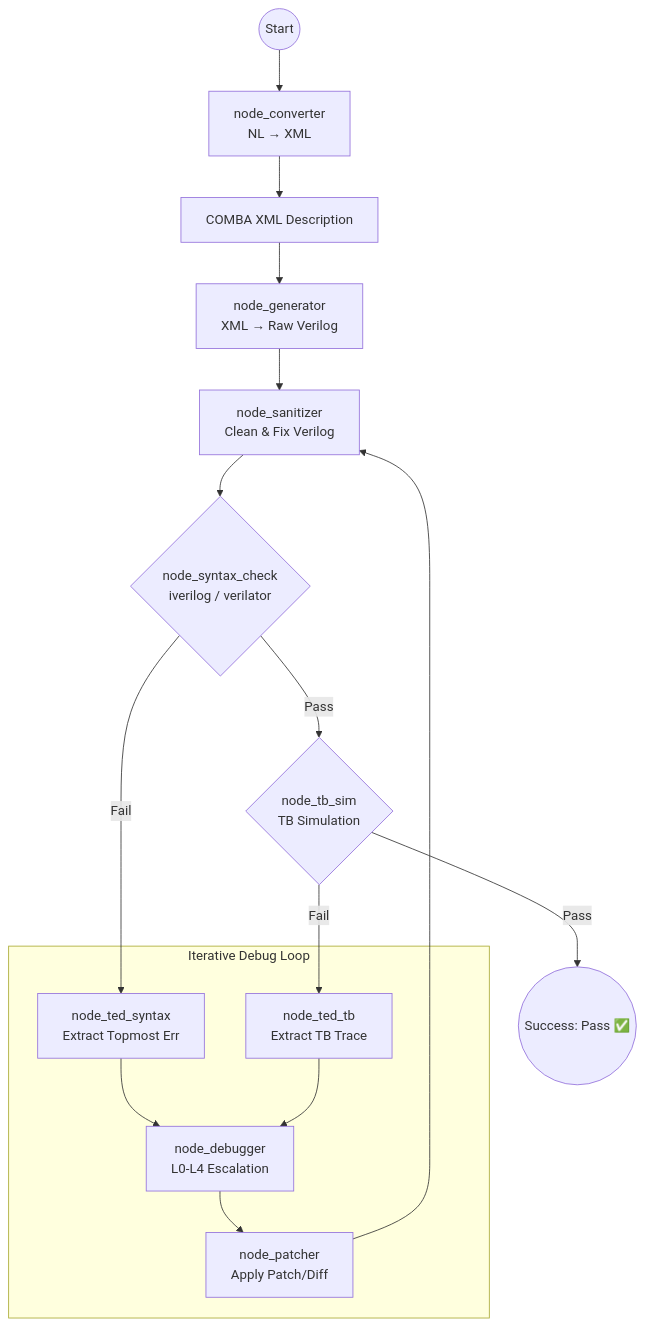
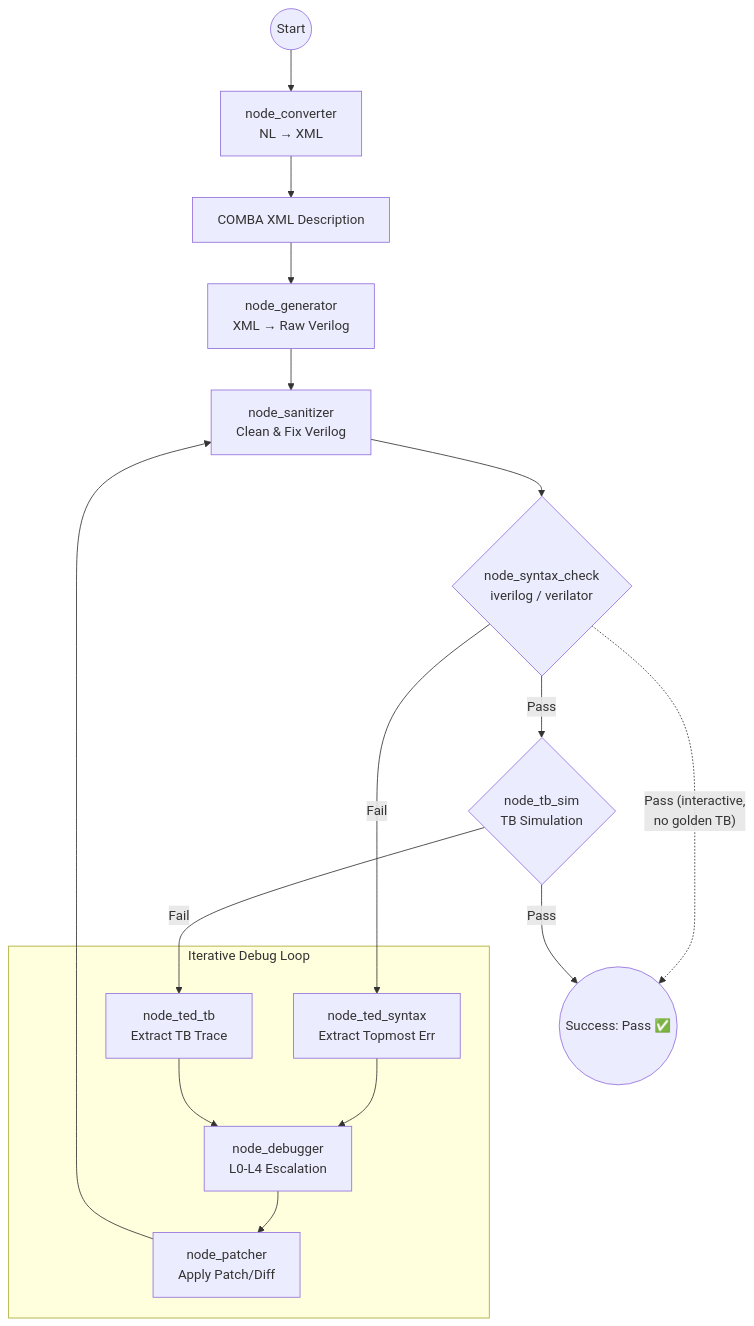
One commit to tkim-061203/GNU_COMBA changed the diagram in README_langgraph.md. Above: the diagram before and after it, drawn with Mermaid. The commit also changed other lines of this file and 5 other files, not shown here.

````diff
--- a/README_langgraph.md
+++ b/README_langgraph.md
@@ -40,27 +40,28 @@
 ```mermaid
 graph TD
     Start((Start)) --> NL[node_converter<br/>NL → XML]
     NL --> XML[COMBA XML Description]
     XML --> Gen[node_generator<br/>XML → Raw Verilog]
     Gen --> San[node_sanitizer<br/>Clean & Fix Verilog]
     San --> SC{node_syntax_check<br/>iverilog / verilator}
     
     SC -- Fail --> TED_SC[node_ted_syntax<br/>Extract Topmost Err]
     TED_SC --> Debug[node_debugger<br/>L0-L4 Escalation]
     Debug --> Patch[node_patcher<br/>Apply Patch/Diff]
     Patch --> San
     
     SC -- Pass --> TS{node_tb_sim<br/>TB Simulation}
+    SC -. "Pass (interactive,<br/>no golden TB)" .-> Pass
     
     TS -- Fail --> TED_TS[node_ted_tb<br/>Extract TB Trace]
     TED_TS --> Debug
     
     TS -- Pass --> Pass((Success: Pass ✅))
 
     subgraph Iterative Debug Loop
     TED_SC
     TED_TS
     Debug
     Patch
     end
 ```
````
